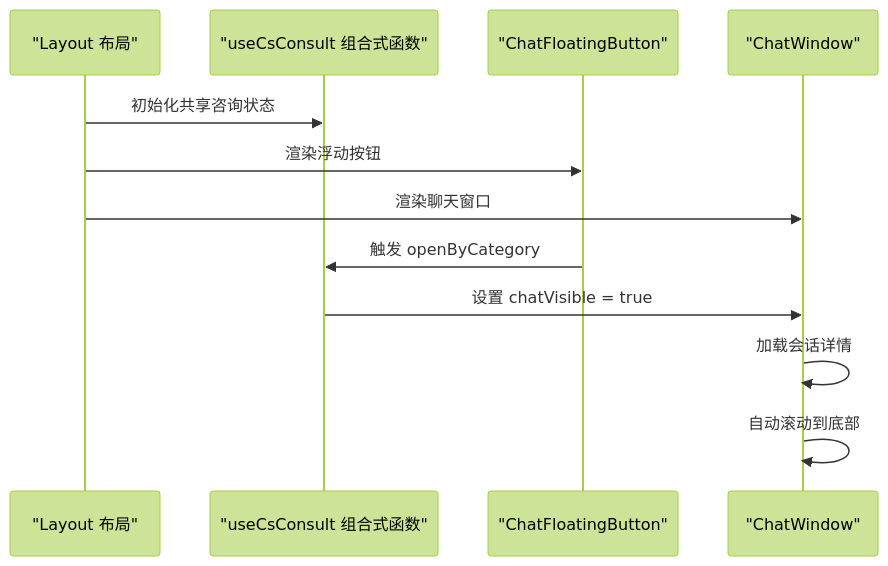
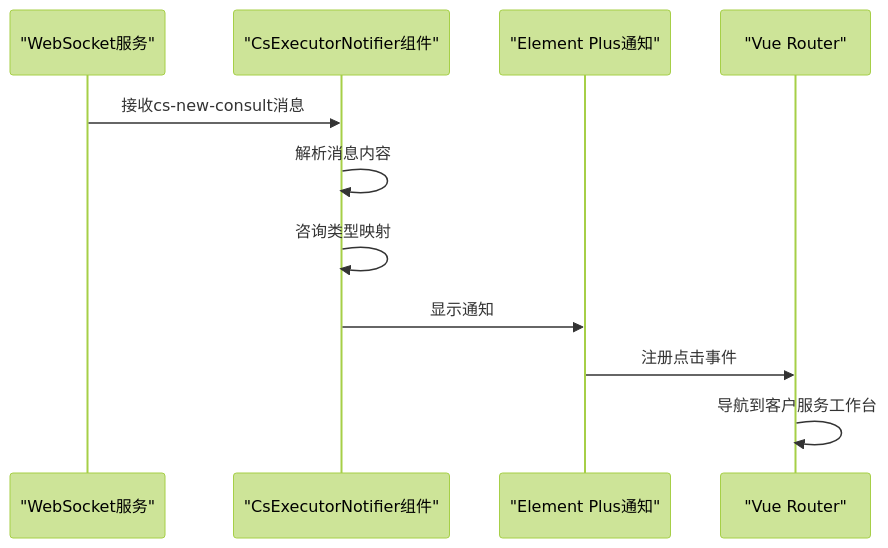
Before and after one commit to xiaoche80s-tech/rouyi-vue-pro: diagram 15 of 27 in .qoder/repowiki/zh/content/核心模块/客户服务模块.md, drawn with Mermaid (forest theme). The commit also changed other lines of this file and 534 other files, not shown here.

````diff
--- a/.qoder/repowiki/zh/content/核心模块/客户服务模块.md
+++ b/.qoder/repowiki/zh/content/核心模块/客户服务模块.md
@@ -550,14 +801,13 @@
 ```mermaid
 sequenceDiagram
-participant Layout as "Layout 布局"
-participant UseCsConsult as "useCsConsult 组合式函数"
-participant FloatingButton as "ChatFloatingButton"
-participant ChatWindow as "ChatWindow"
-Layout->>UseCsConsult : 初始化共享咨询状态
-Layout->>FloatingButton : 渲染浮动按钮
-Layout->>ChatWindow : 渲染聊天窗口
-FloatingButton->>UseCsConsult : 触发 openByCategory
-UseCsConsult->>ChatWindow : 设置 chatVisible = true
-ChatWindow->>ChatWindow : 加载会话详情
-ChatWindow->>ChatWindow : 自动滚动到底部
+participant WebSocket as "WebSocket服务"
+participant CsExecutorNotifier as "CsExecutorNotifier组件"
+participant ElNotification as "Element Plus通知"
+participant Router as "Vue Router"
+WebSocket->>CsExecutorNotifier : 接收cs-new-consult消息
+CsExecutorNotifier->>CsExecutorNotifier : 解析消息内容
+CsExecutorNotifier->>CsExecutorNotifier : 咨询类型映射
+CsExecutorNotifier->>ElNotification : 显示通知
+ElNotification->>Router : 注册点击事件
+Router->>Router : 导航到客户服务工作台
 ```
````
